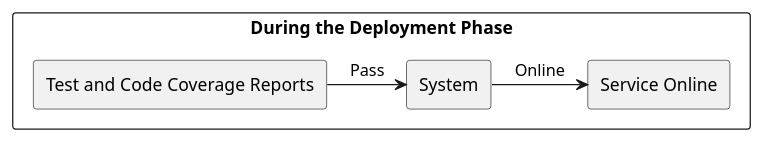
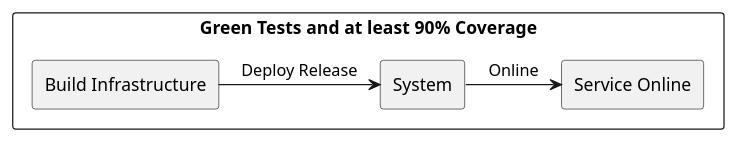
Before and after one commit to USI-MSDE-SA-2023/sa--edoriggio: the third of 11 diagrams in src/sa/model/index.md, drawn with PlantUML. The commit also changed other lines of this file, not shown here.

````diff
--- a/src/sa/model/index.md
+++ b/src/sa/model/index.md
@@ -176,20 +166,20 @@
 ```puml
 @startuml
 
 skinparam componentStyle rectangle
 skinparam monochrome true
 skinparam shadowing false
 
-rectangle "During the Deployment Phase" {
+rectangle "Green Tests and at least 90% Coverage" {
 
-rectangle "Test and Code Coverage Reports" as Source
+rectangle "Build Infrastructure" as Source
 rectangle "Service Online" as Measure
 
-Source -> [System] : "Pass"
+Source -> [System] : "Deploy Release"
 
 [System] -> [Measure] : "Online"
 
 }
 
 @enduml
 ```
````
